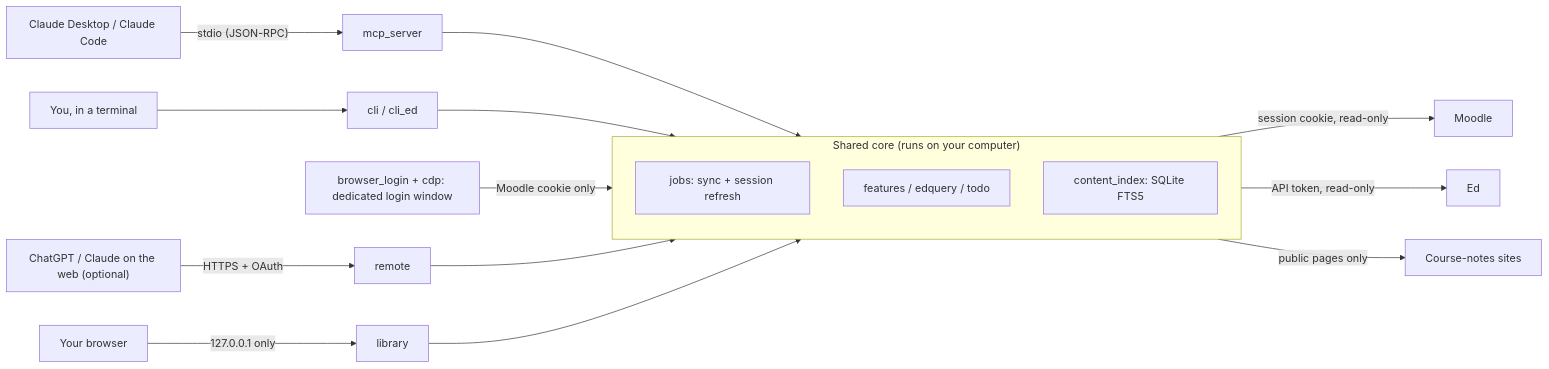
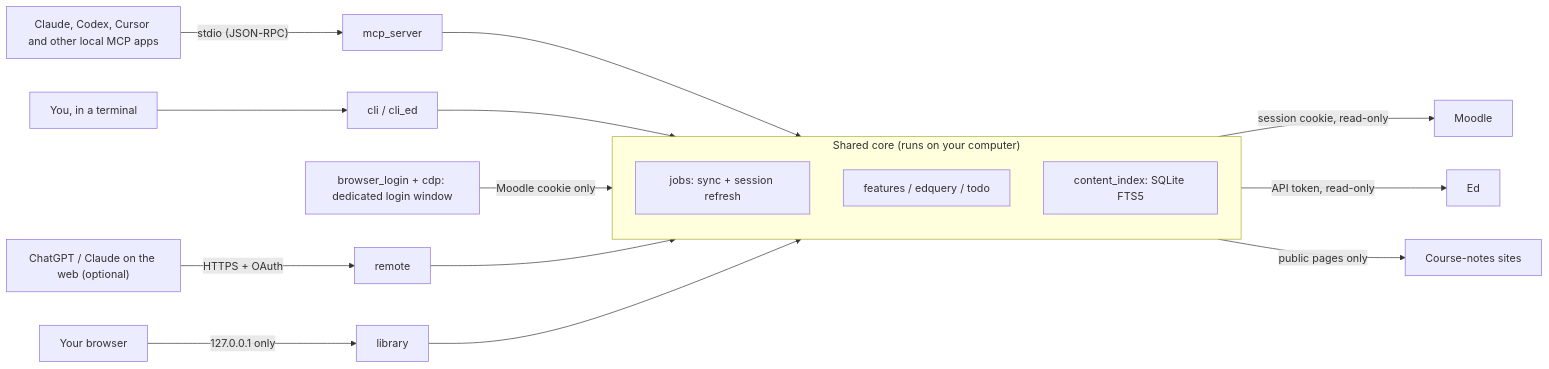
One commit to Waldo0926/monash-study-kit changed the diagram in README.md. Above: the diagram before and after it, drawn with Mermaid. The commit also changed other lines of this file and 2 other files, not shown here.

First line of the commit message:
README: write it for any local MCP app, not only Claude (#24)

````diff
--- a/README.md
+++ b/README.md
@@ -446,20 +449,20 @@
 ```mermaid
 flowchart LR
-    Claude["Claude Desktop / Claude Code"] -- "stdio (JSON-RPC)" --> MCP["mcp_server"]
+    Claude["Claude, Codex, Cursor and other local MCP apps"] -- "stdio (JSON-RPC)" --> MCP["mcp_server"]
     You["You, in a terminal"] --> CLI["cli / cli_ed"]
     MCP --> Core
     CLI --> Core
     subgraph Core["Shared core (runs on your computer)"]
         Jobs["jobs: sync + session refresh"]
         Query["features / edquery / todo"]
         Index["content_index: SQLite FTS5"]
     end
     Core -- "session cookie, read-only" --> Moodle["Moodle"]
     Core -- "API token, read-only" --> Ed["Ed"]
     Core -- "public pages only" --> Notes["Course-notes sites"]
     Login["browser_login + cdp: dedicated login window"] -- "Moodle cookie only" --> Core
     Web["ChatGPT / Claude on the web (optional)"] -- "HTTPS + OAuth" --> Remote["remote"]
     Remote --> Core
     Browser["Your browser"] -- "127.0.0.1 only" --> Library["library"]
     Library --> Core
 ```
````
